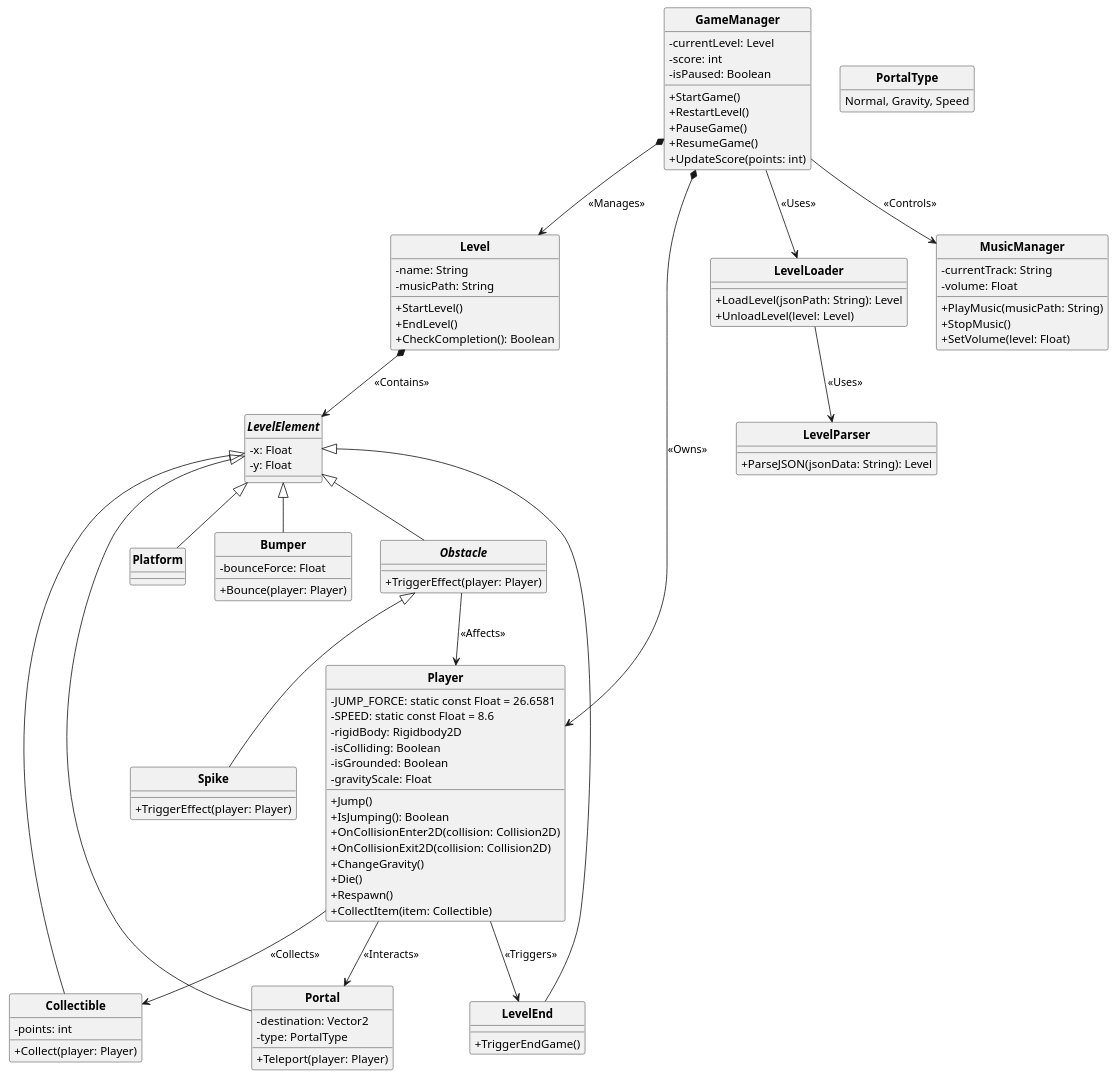
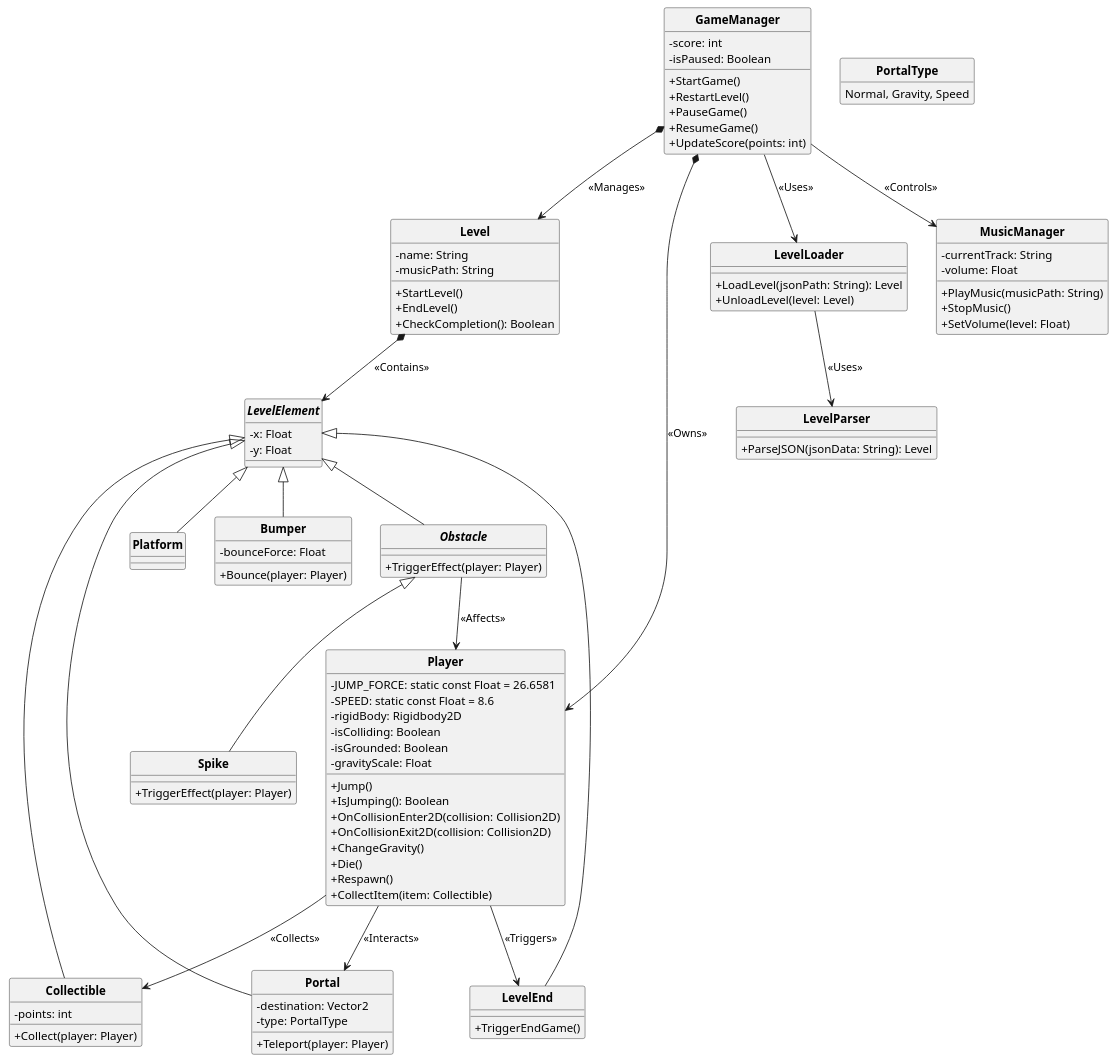
One commit to boudji-ludwig-pett/cnam-geometry-dash changed the diagram in Documentation/UML/class-diagram.puml. Above: the diagram before and after it, drawn with PlantUML.

Commit message:
docs(class-diagram): remove useless elements

```diff
--- a/Documentation/UML/class-diagram.puml
+++ b/Documentation/UML/class-diagram.puml
@@ -1,112 +1,111 @@
 @startuml Geometry Dash - Diagramme de classe
 
 skinparam style strictuml
 skinparam classAttributeIconSize 0
 skinparam classFontStyle Bold
 hide enum methods
 
 class GameManager {
-  - currentLevel: Level
   - score: int
   - isPaused: Boolean
   + StartGame()
   + RestartLevel()
   + PauseGame()
   + ResumeGame()
   + UpdateScore(points: int)
 }
 
 class Level {
   - name: String
   - musicPath: String
   + StartLevel()
   + EndLevel()
   + CheckCompletion(): Boolean
 }
 
 abstract class LevelElement {
   - x: Float
   - y: Float
 }
 
 abstract class Obstacle extends LevelElement {
   + TriggerEffect(player: Player)
 }
 
 class Platform extends LevelElement {
 }
 
 class Spike extends Obstacle {
   + TriggerEffect(player: Player)
 }
 
 class Portal extends LevelElement {
   - destination: Vector2
   - type: PortalType
   + Teleport(player: Player)
 }
 
 enum PortalType {
   Normal, Gravity, Speed
 }
 
 class Bumper extends LevelElement {
   - bounceForce: Float
   + Bounce(player: Player)
 }
 
 class LevelEnd extends LevelElement {
   + TriggerEndGame()
 }
 
 class Collectible extends LevelElement {
   - points: int
   + Collect(player: Player)
 }
 
 class Player {
   - JUMP_FORCE: static const Float = 26.6581
   - SPEED: static const Float = 8.6
   - rigidBody: Rigidbody2D
   - isColliding: Boolean
   - isGrounded: Boolean
   - gravityScale: Float
   + Jump()
   + IsJumping(): Boolean
   + OnCollisionEnter2D(collision: Collision2D)
   + OnCollisionExit2D(collision: Collision2D)
   + ChangeGravity()
   + Die()
   + Respawn()
   + CollectItem(item: Collectible)
 }
 
 class LevelLoader {
   + LoadLevel(jsonPath: String): Level
   + UnloadLevel(level: Level)
 }
 
 class LevelParser {
   + ParseJSON(jsonData: String): Level
 }
 
 class MusicManager {
   - currentTrack: String
   - volume: Float
   + PlayMusic(musicPath: String)
   + StopMusic()
   + SetVolume(level: Float)
 }
 
 GameManager *--> Level : <<Manages>>
 GameManager --> LevelLoader : <<Uses>>
 LevelLoader --> LevelParser : <<Uses>>
 Level *--> LevelElement : <<Contains>>
 GameManager *--> Player : <<Owns>>
 GameManager --> MusicManager : <<Controls>>
 Player --> LevelEnd : <<Triggers>>
 Player --> Portal : <<Interacts>>
 Player --> Collectible : <<Collects>>
 Obstacle --> Player : <<Affects>>
 
 @enduml
```
